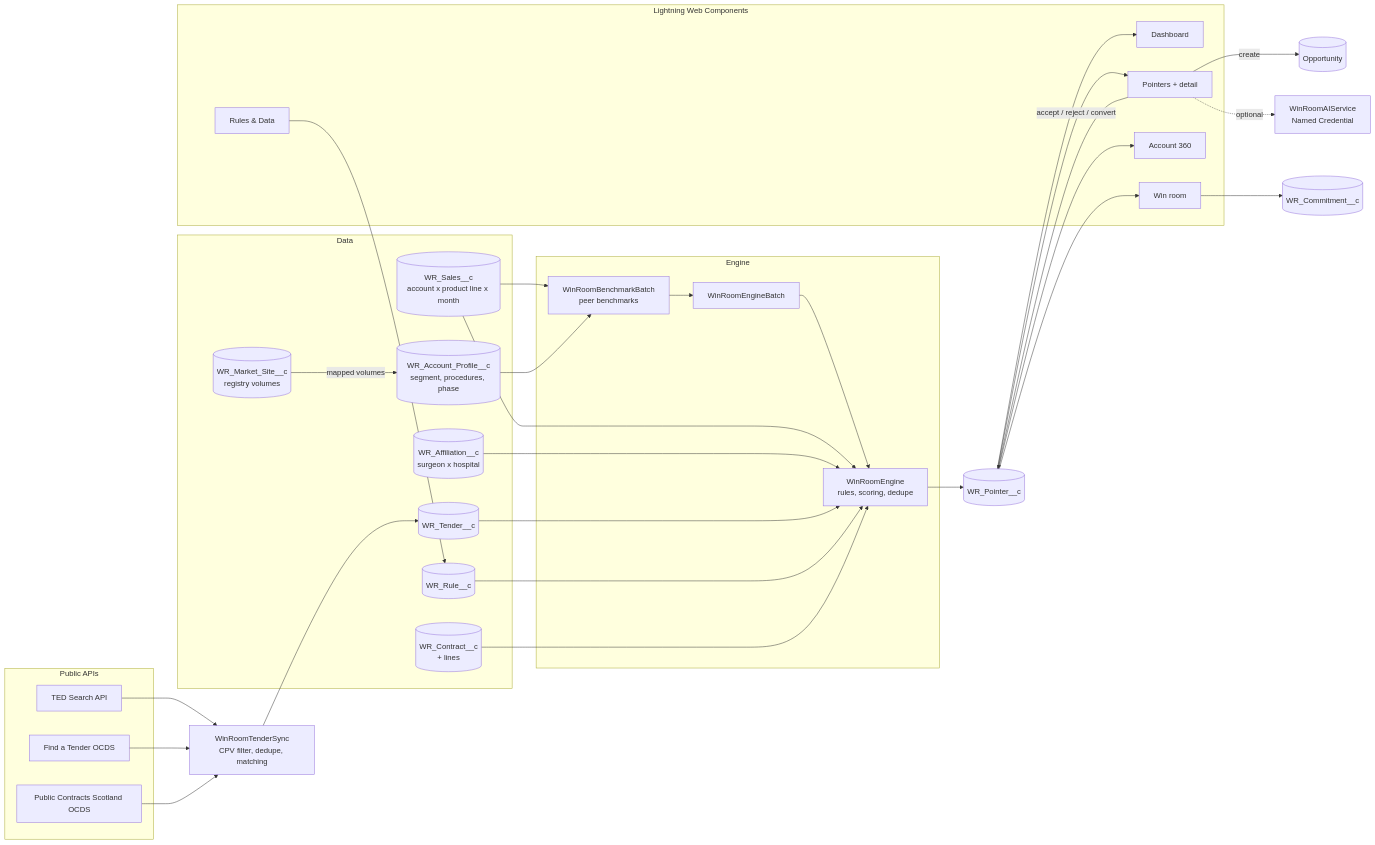
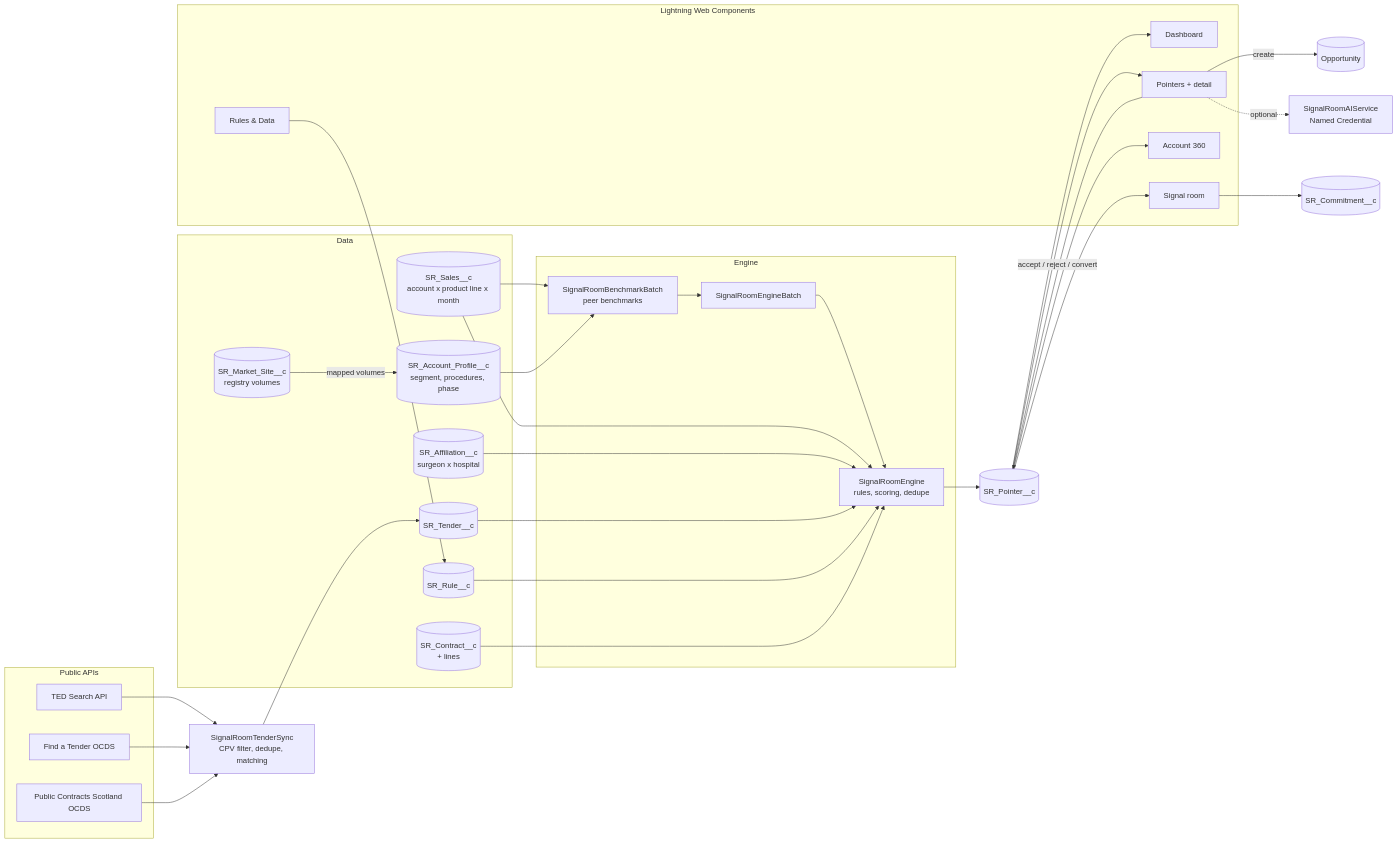
One commit to Ricardo19-Deve/salesforce-signal-room changed the diagram in README.md. Above: the diagram before and after it, drawn with Mermaid. The commit also changed other lines of this file and 458 other files, not shown here.

First line of the commit message:
Rename the project to Signal Room

````diff
--- a/README.md
+++ b/README.md
@@ -46,40 +46,40 @@
 ```mermaid
 flowchart LR
     subgraph Data
-        S[(WR_Sales__c<br/>account x product line x month)]
-        P[(WR_Account_Profile__c<br/>segment, procedures, phase)]
-        A[(WR_Affiliation__c<br/>surgeon x hospital)]
-        T[(WR_Tender__c)]
-        R[(WR_Rule__c)]
-        K[(WR_Contract__c<br/>+ lines)]
-        M[(WR_Market_Site__c<br/>registry volumes)]
+        S[(SR_Sales__c<br/>account x product line x month)]
+        P[(SR_Account_Profile__c<br/>segment, procedures, phase)]
+        A[(SR_Affiliation__c<br/>surgeon x hospital)]
+        T[(SR_Tender__c)]
+        R[(SR_Rule__c)]
+        K[(SR_Contract__c<br/>+ lines)]
+        M[(SR_Market_Site__c<br/>registry volumes)]
     end
     subgraph Public[Public APIs]
         TED[TED Search API]
         FTS[Find a Tender OCDS]
         PCS[Public Contracts Scotland OCDS]
     end
-    TED & FTS & PCS --> TS[WinRoomTenderSync<br/>CPV filter, dedupe, matching] --> T
+    TED & FTS & PCS --> TS[SignalRoomTenderSync<br/>CPV filter, dedupe, matching] --> T
     subgraph Engine
-        B[WinRoomBenchmarkBatch<br/>peer benchmarks]
-        E[WinRoomEngineBatch]
-        W[WinRoomEngine<br/>rules, scoring, dedupe]
+        B[SignalRoomBenchmarkBatch<br/>peer benchmarks]
+        E[SignalRoomEngineBatch]
+        W[SignalRoomEngine<br/>rules, scoring, dedupe]
     end
     subgraph Portal[Lightning Web Components]
         D[Dashboard]
         PT[Pointers + detail]
         AC[Account 360]
-        WR[Win room]
+        SR[Signal room]
         AD[Rules & Data]
     end
     S & P --> B --> E --> W
     S & A & T & R & K --> W
     M -->|mapped volumes| P
-    W --> PO[(WR_Pointer__c)]
-    PO --> D & PT & AC & WR
+    W --> PO[(SR_Pointer__c)]
+    PO --> D & PT & AC & SR
     PT -->|accept / reject / convert| PO
     PT -->|create| O[(Opportunity)]
-    WR --> C[(WR_Commitment__c)]
-    PT -. optional .-> AI[WinRoomAIService<br/>Named Credential]
+    SR --> C[(SR_Commitment__c)]
+    PT -. optional .-> AI[SignalRoomAIService<br/>Named Credential]
     AD --> R
 ```
````
